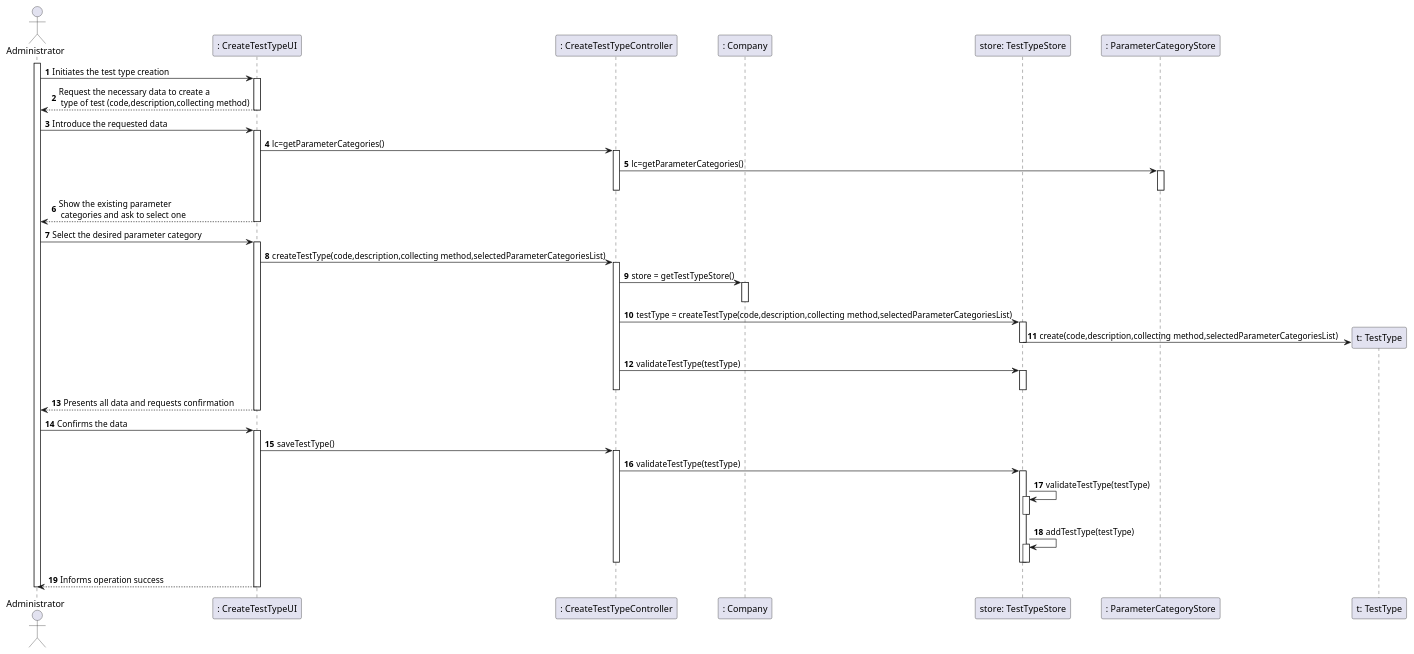
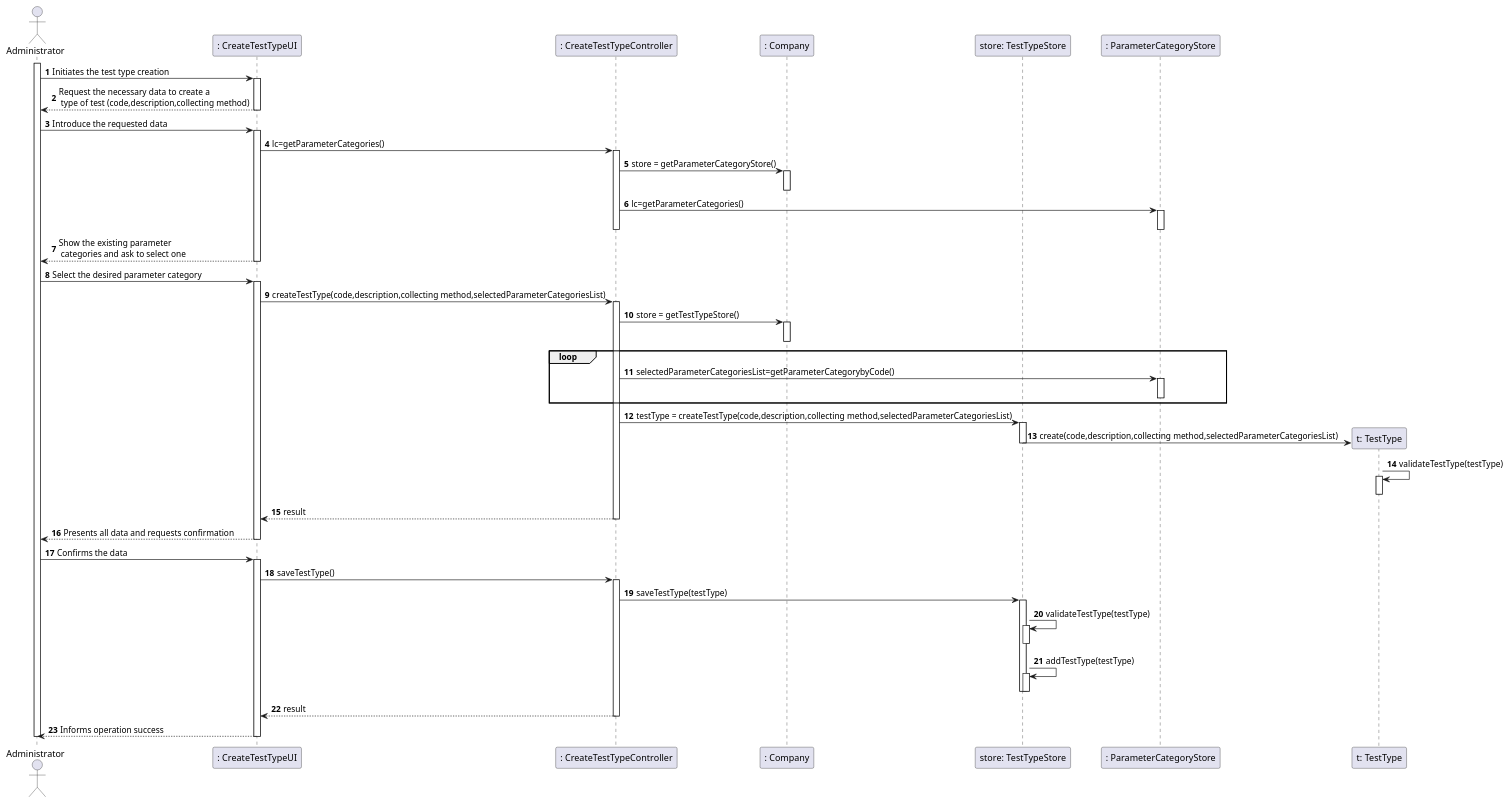
One commit to manu-07-ela/LAPR2_ISEP changed the diagram in docs/SprintB/US09/US09_SD.puml. Above: the diagram before and after it, drawn with PlantUML. The commit also changed 3 other files, not shown here.

```diff
--- a/docs/SprintB/US09/US09_SD.puml
+++ b/docs/SprintB/US09/US09_SD.puml
@@ -1,70 +1,80 @@
 @startuml
 autonumber
 'hide footbox
 actor "Administrator" as Adm
 
 participant ": CreateTestTypeUI" as UI
 participant ": CreateTestTypeController" as CTRL
 participant ": Company" as Comp
 participant "store: TestTypeStore" as str
 participant ": ParameterCategoryStore" as PC
 participant "t: TestType" as TT
 
 activate Adm
 Adm -> UI : Initiates the test type creation
 activate UI
 UI --> Adm : Request the necessary data to create a\n type of test (code,description,collecting method)
 deactivate UI
 
 Adm -> UI : Introduce the requested data
 activate UI
 UI -> CTRL : lc=getParameterCategories()
 activate CTRL
+CTRL -> Comp : store = getParameterCategoryStore()
+activate Comp
+deactivate Comp
 CTRL -> PC : lc=getParameterCategories()
 activate PC
 deactivate PC
 deactivate CTRL
 UI --> Adm : Show the existing parameter\n categories and ask to select one
 deactivate UI
 
 Adm -> UI : Select the desired parameter category
 activate UI
 UI -> CTRL : createTestType(code,description,collecting method,selectedParameterCategoriesList)
 activate CTRL
 CTRL -> Comp : store = getTestTypeStore()
 activate Comp
 deactivate Comp
+loop
+CTRL -> PC : selectedParameterCategoriesList=getParameterCategorybyCode()
+activate PC
+deactivate PC
+end
 CTRL -> str : testType = createTestType(code,description,collecting method,selectedParameterCategoriesList)
 activate str
 str -> TT** : create(code,description,collecting method,selectedParameterCategoriesList)
 deactivate str
-CTRL -> str : validateTestType(testType)
-activate str
-deactivate str
+TT -> TT : validateTestType(testType)
+activate TT
+deactivate TT
+CTRL --> UI: result
 deactivate CTRL
 UI --> Adm : Presents all data and requests confirmation
 deactivate UI
 
 Adm -> UI: Confirms the data
 activate UI
 UI -> CTRL: saveTestType()
 activate CTRL
-CTRL -> str : validateTestType(testType)
+CTRL -> str : saveTestType(testType)
 activate str
 str -> str : validateTestType(testType)
 activate str
 deactivate str
 str ->str : addTestType(testType)
 activate str
 deactivate str
 deactivate str
+CTRL --> UI: result
 deactivate CTRL
 UI --> Adm : Informs operation success
 deactivate UI
 
 deactivate Adm
 
 
 
 
 @enduml
```
